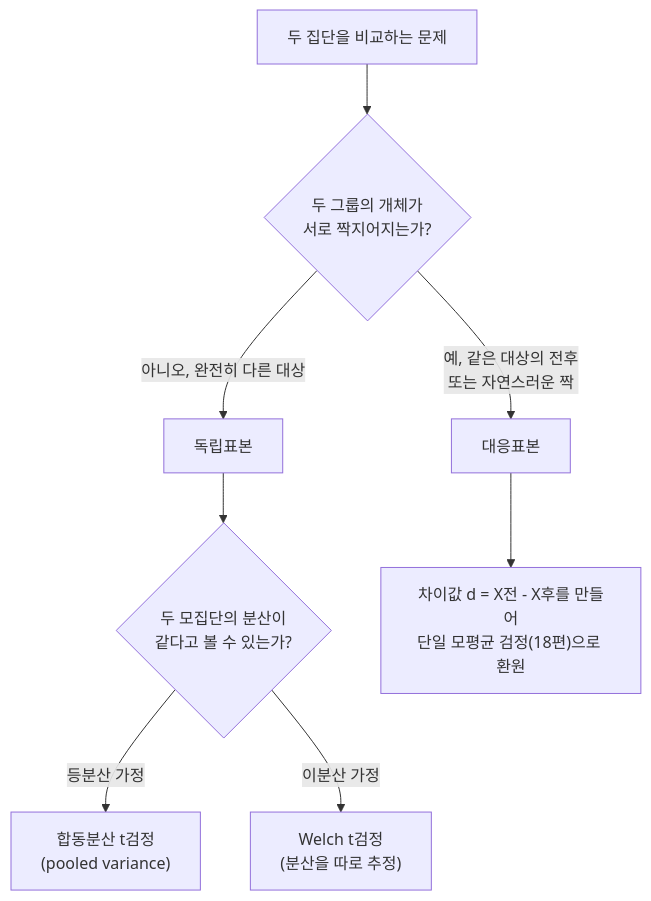
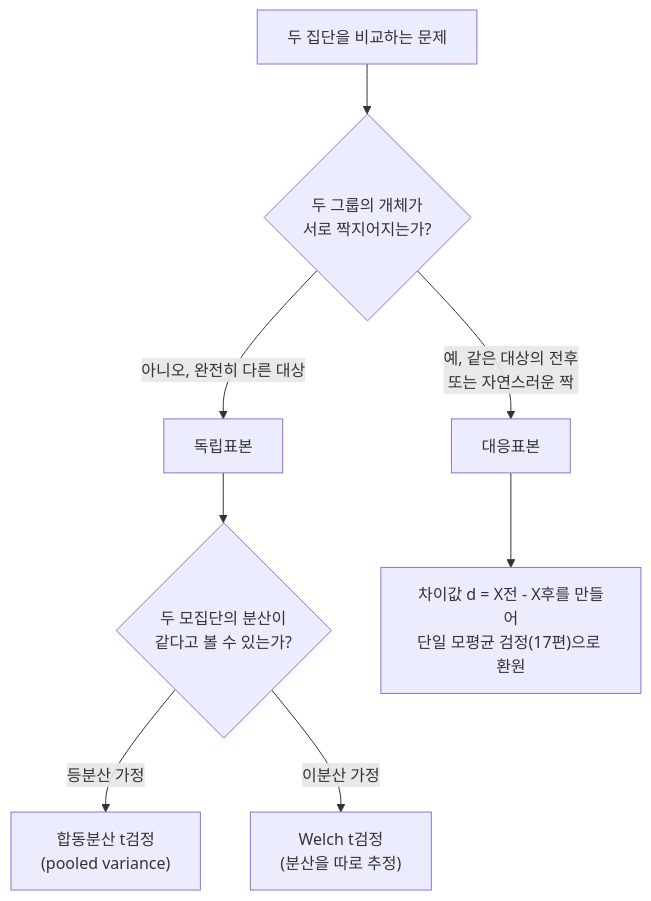
The diagram in content/독학사/1단계/기초통계학/18_two-sample-tests.mdx (zenoK80/zeno-ai-docs), drawn with Mermaid before and after one commit. The commit also changed other lines of this file and 1368 other files, not shown here.

````diff
--- a/content/독학사/1단계/기초통계학/18_two-sample-tests.mdx
+++ b/content/독학사/1단계/기초통계학/18_two-sample-tests.mdx
@@ -24,10 +18,10 @@
 ```mermaid
 graph TD
   A["두 집단을 비교하는 문제"] --> B{"두 그룹의 개체가<br/>서로 짝지어지는가?"}
   B -->|"아니오, 완전히 다른 대상"| C["독립표본"]
   B -->|"예, 같은 대상의 전후<br/>또는 자연스러운 짝"| D["대응표본"]
   C --> E{"두 모집단의 분산이<br/>같다고 볼 수 있는가?"}
   E -->|"등분산 가정"| F["합동분산 t검정<br/>(pooled variance)"]
   E -->|"이분산 가정"| G["Welch t검정<br/>(분산을 따로 추정)"]
-  D --> H["차이값 d = X전 - X후를 만들어<br/>단일 모평균 검정(18편)으로 환원"]
+  D --> H["차이값 d = X전 - X후를 만들어<br/>단일 모평균 검정(17편)으로 환원"]
 ```
````
